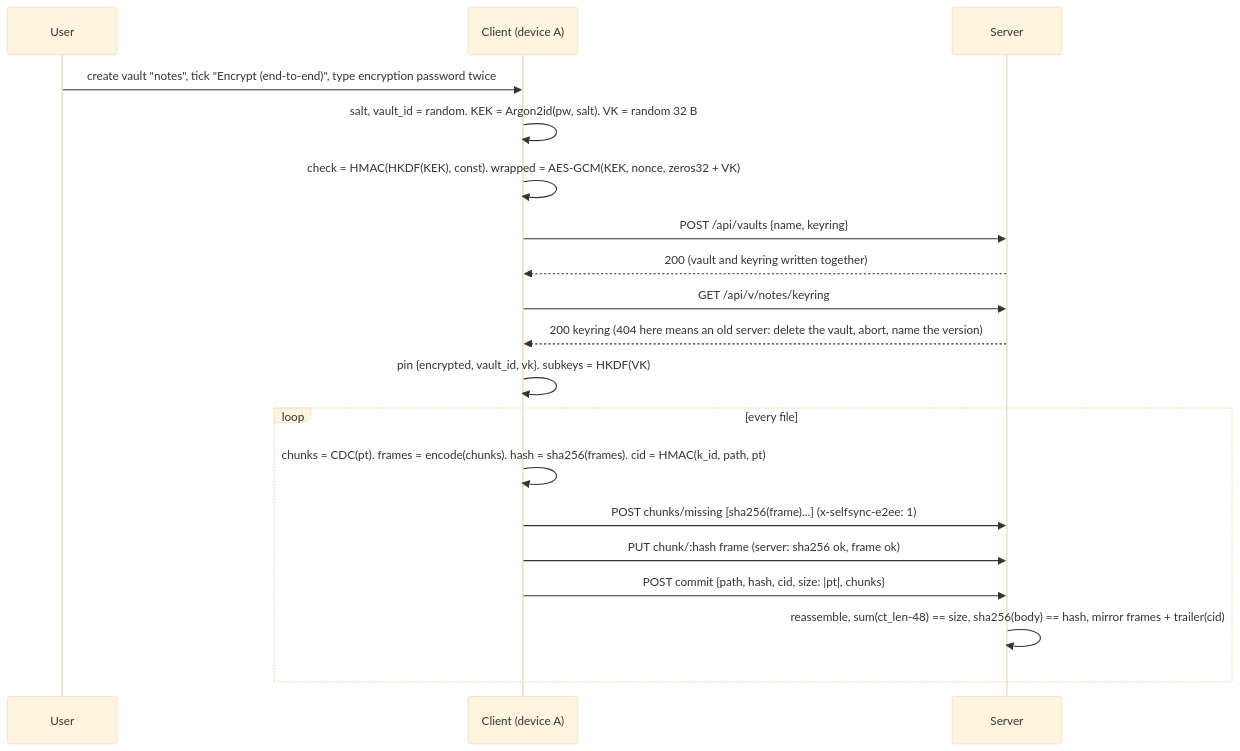
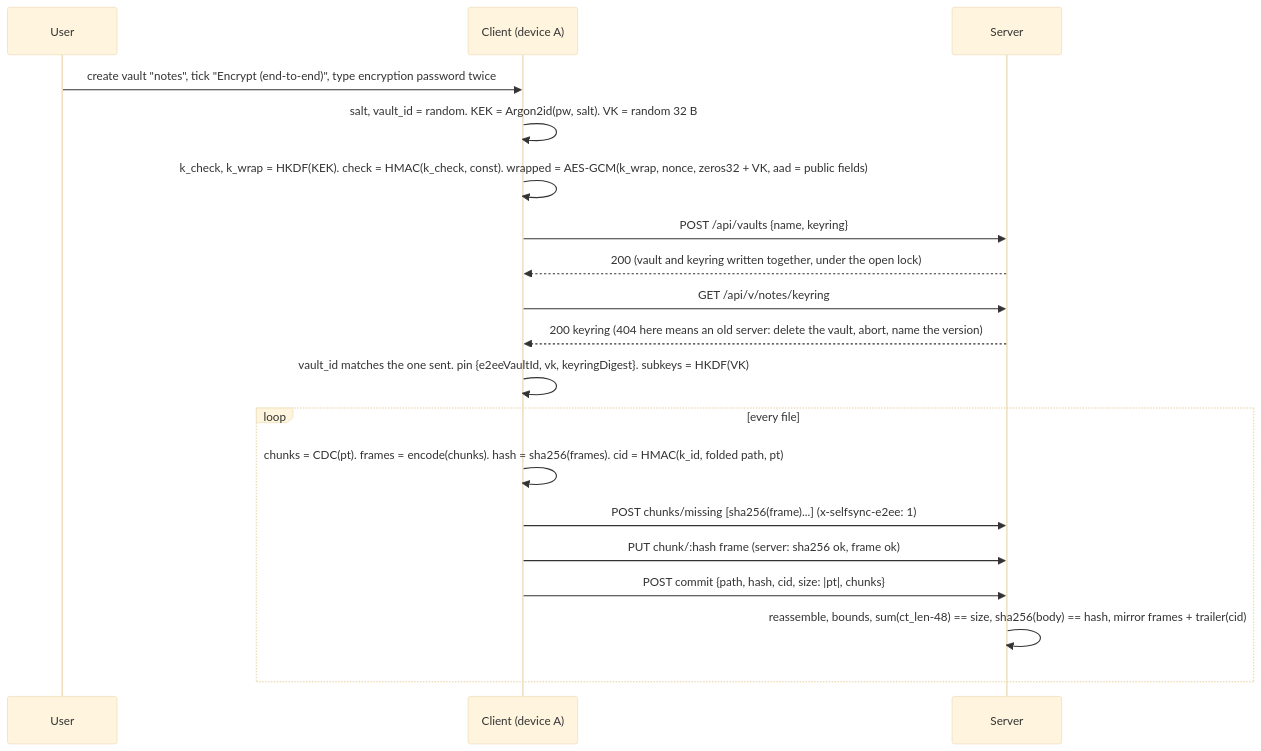
The second of 4 diagrams in docs/design/specs/2026-11-10-e2ee-design.md (williamweatherholtz/obsidian-selfsync), drawn with Mermaid (base theme) before and after one commit. The commit also changed other lines of this file and 17 other files, not shown here.

````diff
--- a/docs/design/specs/2026-11-10-e2ee-design.md
+++ b/docs/design/specs/2026-11-10-e2ee-design.md
@@ -298,21 +353,21 @@
 ```mermaid
 sequenceDiagram
     participant U as User
     participant C as Client (device A)
     participant S as Server
     U->>C: create vault "notes", tick "Encrypt (end-to-end)", type encryption password twice
     C->>C: salt, vault_id = random. KEK = Argon2id(pw, salt). VK = random 32 B
-    C->>C: check = HMAC(HKDF(KEK), const). wrapped = AES-GCM(KEK, nonce, zeros32 + VK)
+    C->>C: k_check, k_wrap = HKDF(KEK). check = HMAC(k_check, const). wrapped = AES-GCM(k_wrap, nonce, zeros32 + VK, aad = public fields)
     C->>S: POST /api/vaults {name, keyring}
-    S-->>C: 200 (vault and keyring written together)
+    S-->>C: 200 (vault and keyring written together, under the open lock)
     C->>S: GET /api/v/notes/keyring
     S-->>C: 200 keyring (404 here means an old server: delete the vault, abort, name the version)
-    C->>C: pin {encrypted, vault_id, vk}. subkeys = HKDF(VK)
+    C->>C: vault_id matches the one sent. pin {e2eeVaultId, vk, keyringDigest}. subkeys = HKDF(VK)
     loop every file
-        C->>C: chunks = CDC(pt). frames = encode(chunks). hash = sha256(frames). cid = HMAC(k_id, path, pt)
+        C->>C: chunks = CDC(pt). frames = encode(chunks). hash = sha256(frames). cid = HMAC(k_id, folded path, pt)
         C->>S: POST chunks/missing [sha256(frame)...]   (x-selfsync-e2ee: 1)
         C->>S: PUT chunk/:hash frame  (server: sha256 ok, frame ok)
         C->>S: POST commit {path, hash, cid, size: |pt|, chunks}
-        S->>S: reassemble, sum(ct_len-48) == size, sha256(body) == hash, mirror frames + trailer(cid)
+        S->>S: reassemble, bounds, sum(ct_len-48) == size, sha256(body) == hash, mirror frames + trailer(cid)
     end
 ```
````
